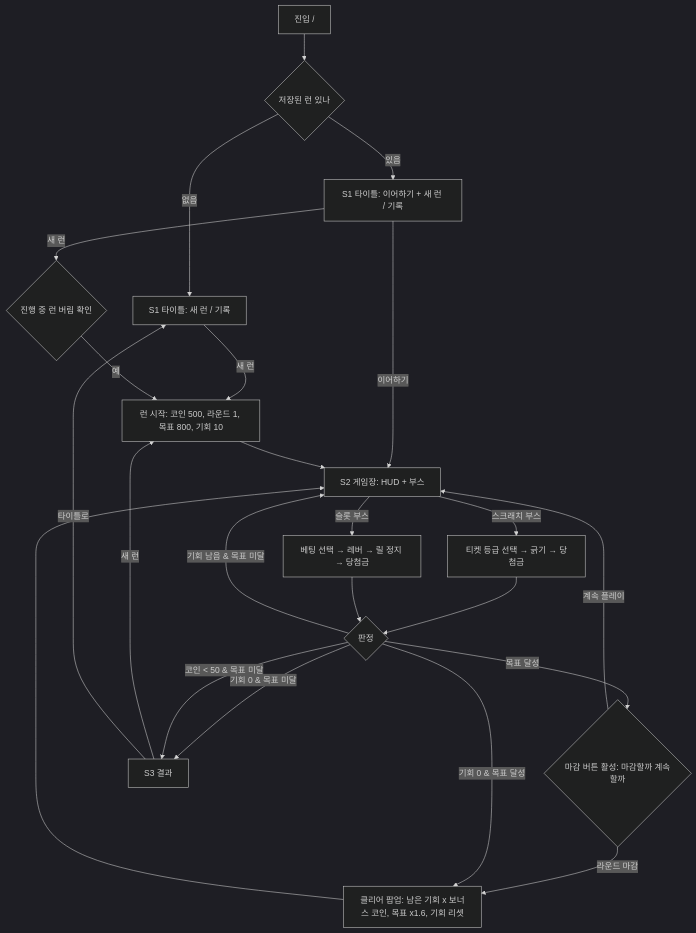
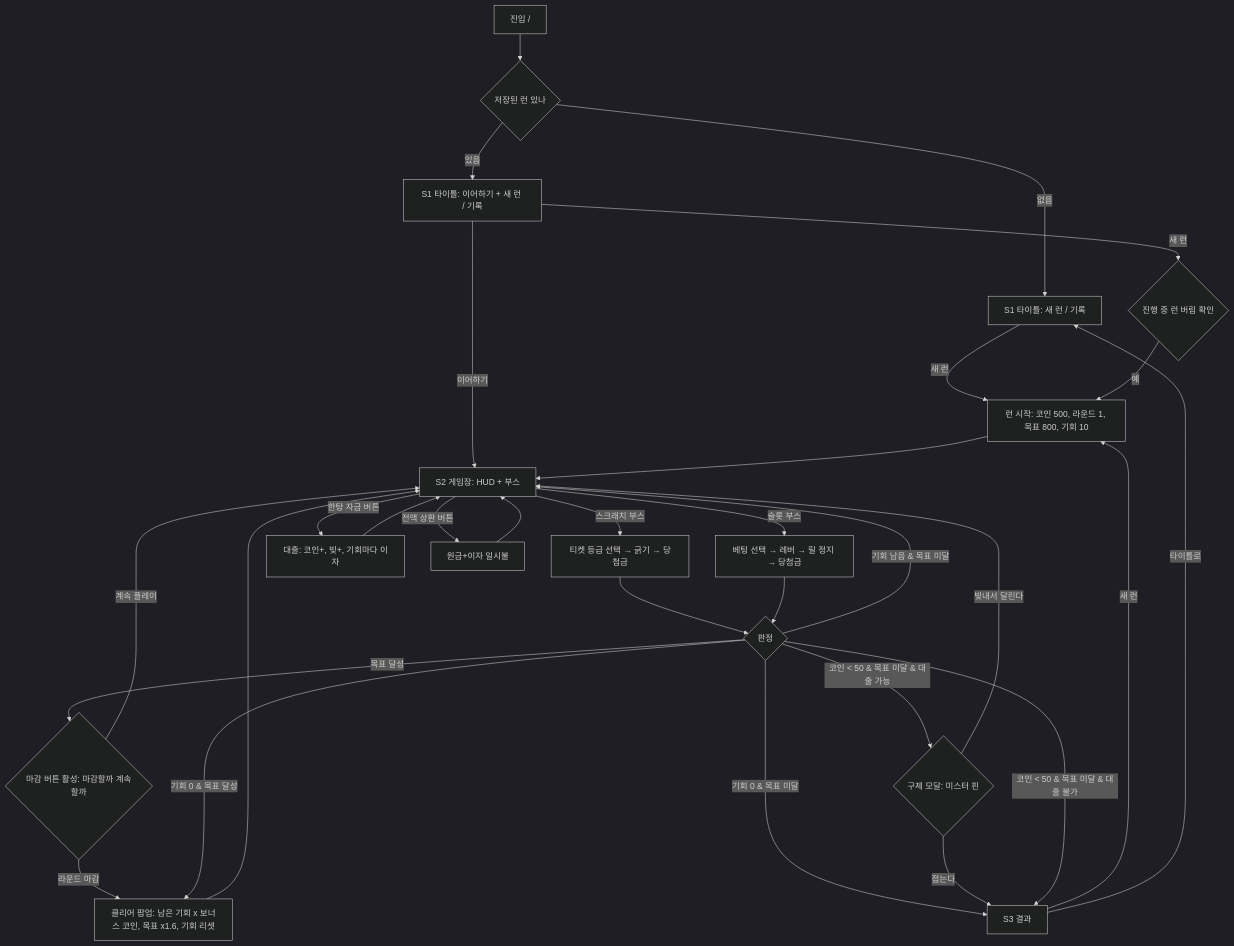
The diagram in docs/plan/03-userflow.md (JoHarim/BootcampTest), drawn with Mermaid (dark theme) before and after one commit. The commit also changed other lines of this file and 12 other files, not shown here.

````diff
--- a/docs/plan/03-userflow.md
+++ b/docs/plan/03-userflow.md
@@ -3,23 +3,28 @@
 ```mermaid
 flowchart TD
     A[진입 /] --> B{저장된 런 있나}
     B -- 없음 --> S1[S1 타이틀: 새 런 / 기록]
     B -- 있음 --> S1b[S1 타이틀: 이어하기 + 새 런 / 기록]
     S1 -- 새 런 --> INIT[런 시작: 코인 500, 라운드 1, 목표 800, 기회 10]
     S1b -- 이어하기 --> S2
     S1b -- 새 런 --> CONFIRM{진행 중 런 버림 확인} -- 예 --> INIT
     INIT --> S2[S2 게임장: HUD + 부스]
     S2 -- 스크래치 부스 --> SC[티켓 등급 선택 → 긁기 → 당첨금]
     S2 -- 슬롯 부스 --> SL[베팅 선택 → 레버 → 릴 정지 → 당첨금]
     SC --> JUDGE{판정}
     SL --> JUDGE
     JUDGE -- 기회 남음 & 목표 미달 --> S2
     JUDGE -- 목표 달성 --> BANK{마감 버튼 활성: 마감할까 계속할까}
     BANK -- 라운드 마감 --> CLEAR[클리어 팝업: 남은 기회 x 보너스 코인, 목표 x1.6, 기회 리셋] --> S2
     BANK -- 계속 플레이 --> S2
     JUDGE -- 기회 0 & 목표 달성 --> CLEAR
     JUDGE -- 기회 0 & 목표 미달 --> S3[S3 결과]
-    JUDGE -- 코인 < 50 & 목표 미달 --> S3
+    JUDGE -- 코인 < 50 & 목표 미달 & 대출 가능 --> RESCUE{구제 모달: 미스터 핀}
+    RESCUE -- 빚내서 달린다 --> S2
+    RESCUE -- 접는다 --> S3
+    JUDGE -- 코인 < 50 & 목표 미달 & 대출 불가 --> S3
+    S2 -- 한탕 자금 버튼 --> LOAN[대출: 코인+, 빚+, 기회마다 이자] --> S2
+    S2 -- 전액 상환 버튼 --> REPAY[원금+이자 일시불] --> S2
     S3 -- 새 런 --> INIT
     S3 -- 타이틀로 --> S1
 ```
````
